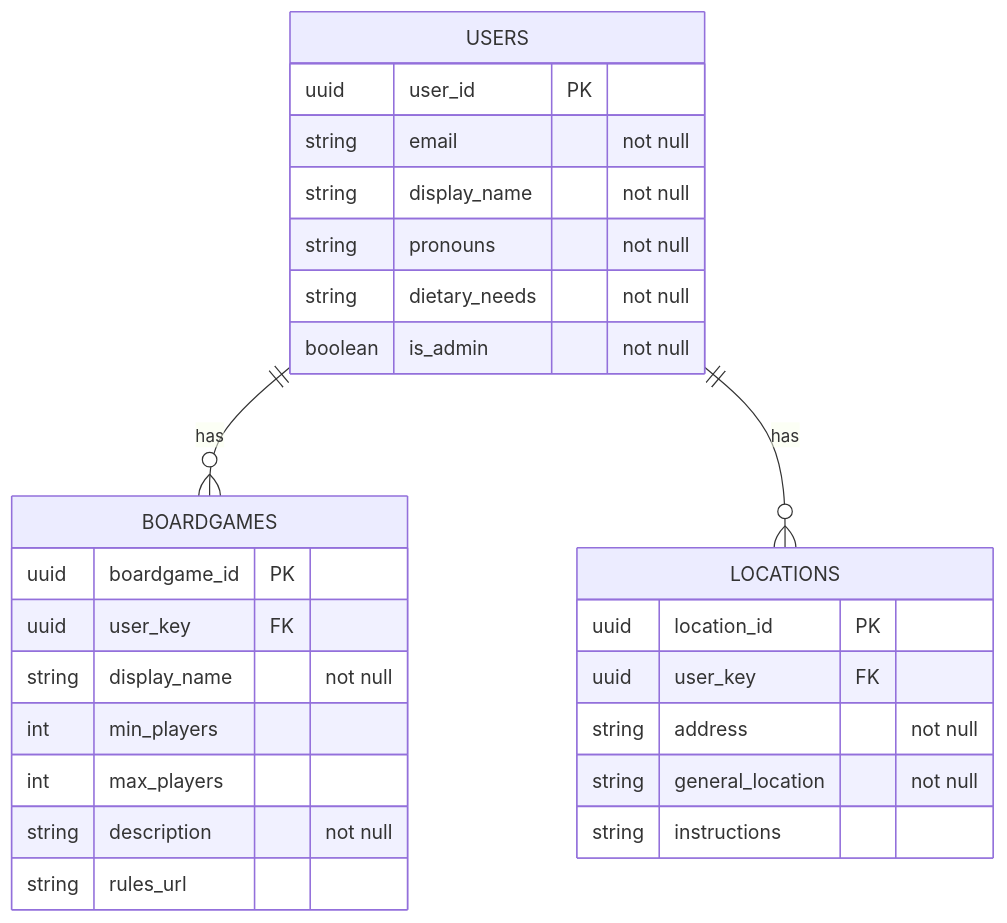
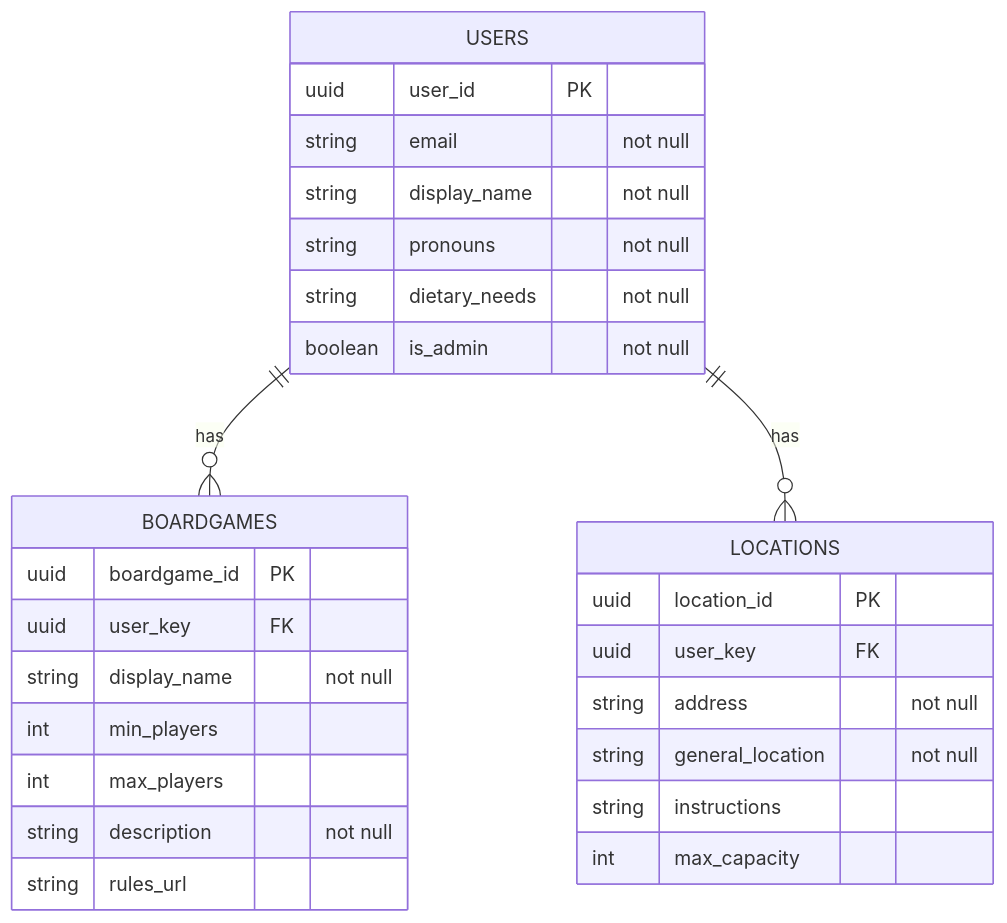
The diagram in documentation/design/USER_MANAGEMENT.md (game-night-dot-gay/game-night), drawn with Mermaid before and after one commit. The commit also changed 1 other file, not shown here.

Commit message:
Add Junction table

````diff
--- a/documentation/design/USER_MANAGEMENT.md
+++ b/documentation/design/USER_MANAGEMENT.md
@@ -62,29 +62,30 @@
 ```mermaid
 erDiagram
     USERS {
         uuid user_id PK
         string email "not null"
         string display_name "not null"
         string pronouns "not null"
         string dietary_needs "not null"
         boolean is_admin "not null"
     }
     BOARDGAMES {
         uuid boardgame_id PK
         uuid user_key FK
         string display_name "not null"
         int min_players
         int max_players
         string description "not null"
         string rules_url
     }
     LOCATIONS {
         uuid location_id PK
         uuid user_key FK
         string address "not null"
         string general_location "not null"
         string instructions
+        int max_capacity
     }
     USERS ||--o{ BOARDGAMES : has
     USERS ||--o{ LOCATIONS : has
 ```
````
